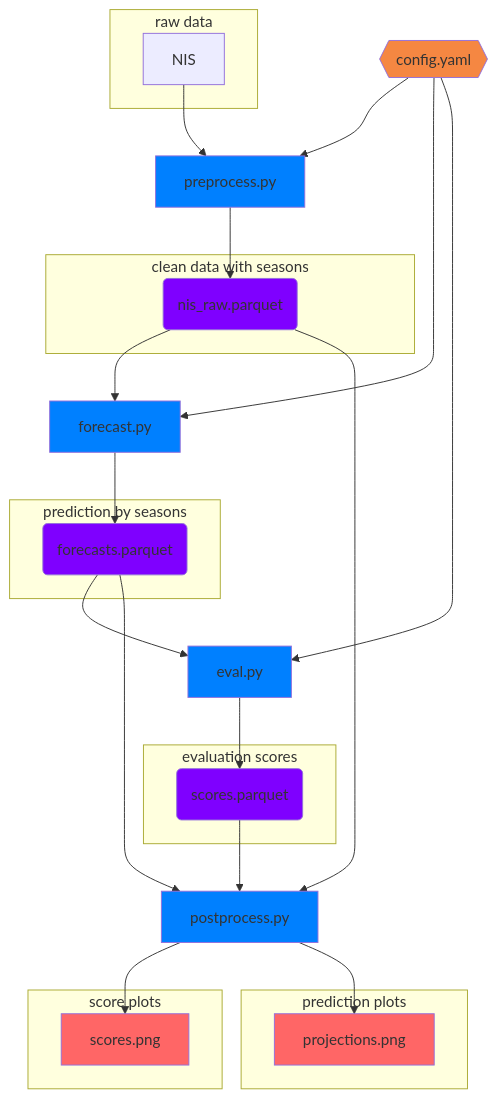
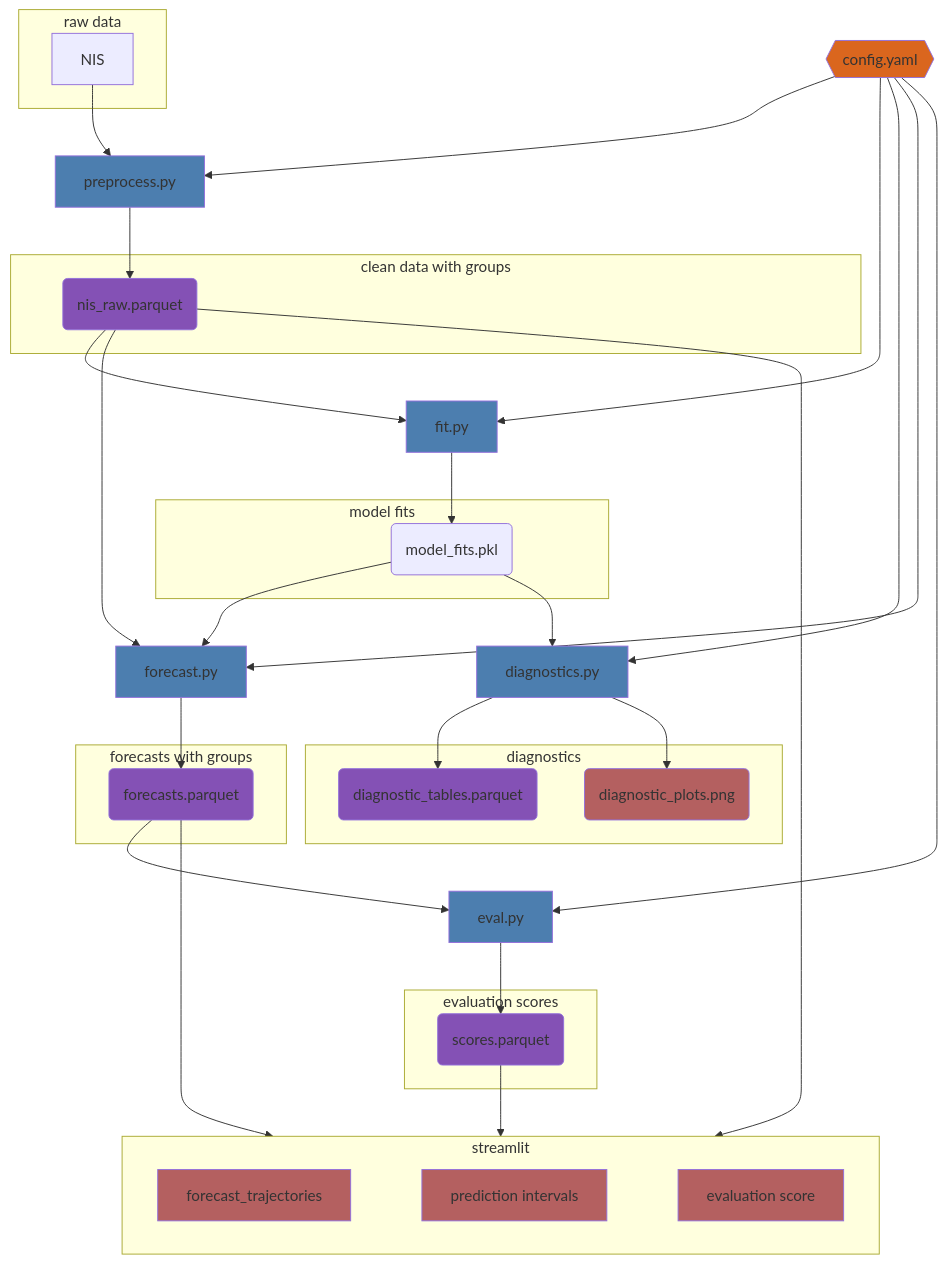
Before and after one commit to CDCgov/cfa-immunization-uptake-projection: the diagram in README.md, drawn with Mermaid. The commit also changed other lines of this file, not shown here.

Commit message:
Update README (#191)
- Update package descriptions.
- Update workflow diagram in par with the updated features in the
package. It seems pretty nice! This can be useful for demo slides.

````diff
--- a/README.md
+++ b/README.md
@@ -38,60 +36,81 @@
 ```mermaid
 
 flowchart TB
 
 nis_data(nis_raw.parquet)
+fits(model_fits.pkl)
+diagnostic_table(diagnostic_tables.parquet)
+diagnostic_plot(diagnostic_plots.png)
 forecast(forecasts.parquet)
 scores(scores.parquet)
 config{{config.yaml}}
-proj_plot[projections.png]
-score_plot[scores.png]
+proj_plot[forecast_trajectories]
+pred_summary[prediction intervals]
+score_plot[evaluation score]
 
 subgraph raw data
 NIS
 end
 
-subgraph clean data with seasons
+subgraph clean data with groups
 nis_data
 end
 
-subgraph prediction by seasons
+subgraph model fits
+fits
+end
+
+subgraph diagnostics
+diagnostic_table
+diagnostic_plot
+end
+
+subgraph forecasts with groups
 forecast
 end
 
 subgraph evaluation scores
 scores
 end
 
-subgraph prediction plots
-proj_plot
-end
-
-subgraph score plots
-score_plot
+subgraph streamlit
+direction LR
+proj_plot~~~pred_summary~~~score_plot
 end
 
 NIS -->preprocess.py --> nis_data
+nis_data --> fit.py --> fits
+fits --> forecast.py
+fits --> diagnostics.py
+diagnostics.py --> diagnostic_table
+diagnostics.py --> diagnostic_plot
 nis_data --> forecast.py --> forecast
+forecast --> streamlit
 forecast --> eval.py --> scores
-scores --> postprocess.py --> score_plot
-nis_data --> postprocess.py --> proj_plot
-forecast --> postprocess.py
+scores --> streamlit
+nis_data --> streamlit
 
 config --> preprocess.py
+config --> fit.py
+config --> diagnostics.py
 config --> forecast.py
 config --> eval.py
 
 
-style nis_data fill:#7f00ff
-style forecast fill:#7f00ff
-style scores fill:#7f00ff
-style config fill:#f58742
-style preprocess.py fill:#0080ff
-style forecast.py fill:#0080ff
-style eval.py fill:#0080ff
-style postprocess.py fill:#0080ff
-style proj_plot fill:#ff6666
-style score_plot fill: #ff6666
+style nis_data fill: #8451b5
+style forecast fill: #8451b5
+style scores fill: #8451b5
+style diagnostic_table fill: #8451b5
+style config fill: #da661e
+style preprocess.py fill: #4c7eaf
+style forecast.py fill: #4c7eaf
+style eval.py fill: #4c7eaf
+style fit.py fill: #4c7eaf
+style diagnostics.py fill: #4c7eaf
+style diagnostic_plot fill: #b46060
+style proj_plot fill: #b46060
+style pred_summary fill: #b46060
+style score_plot fill: #b46060
 
 
 ```
````
